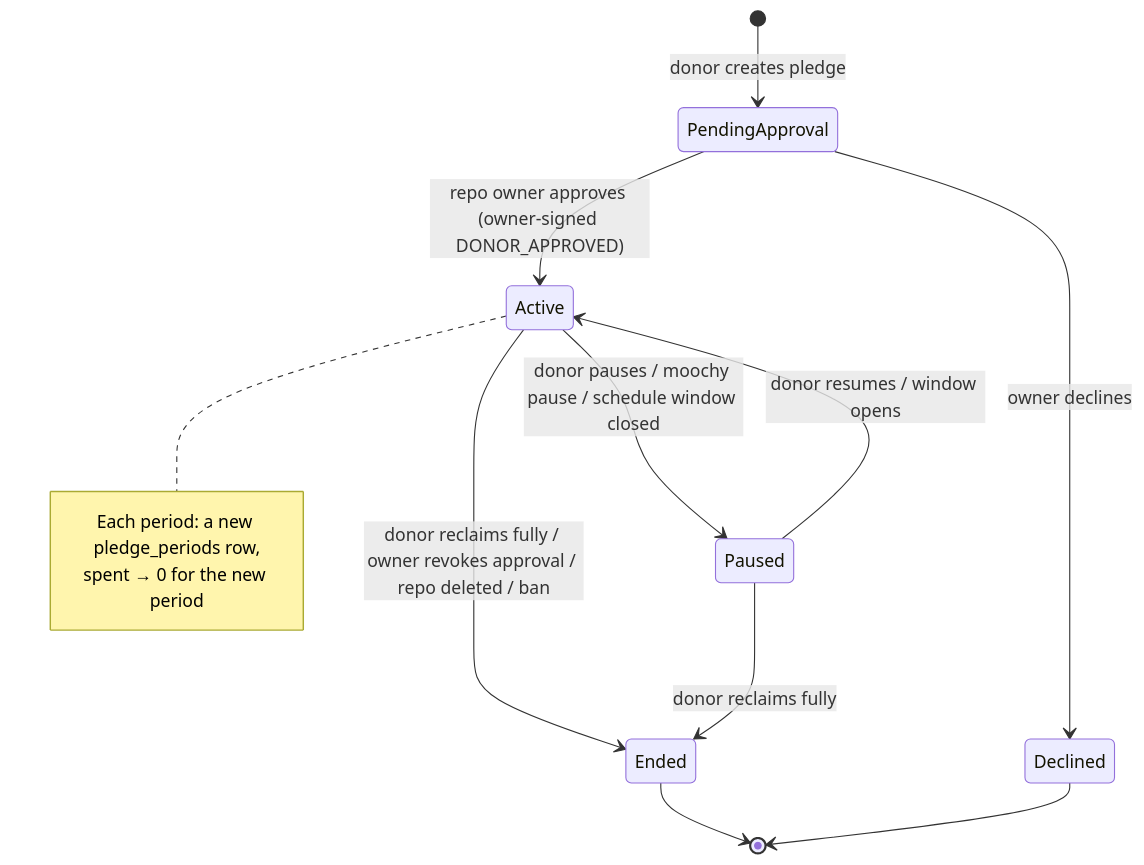
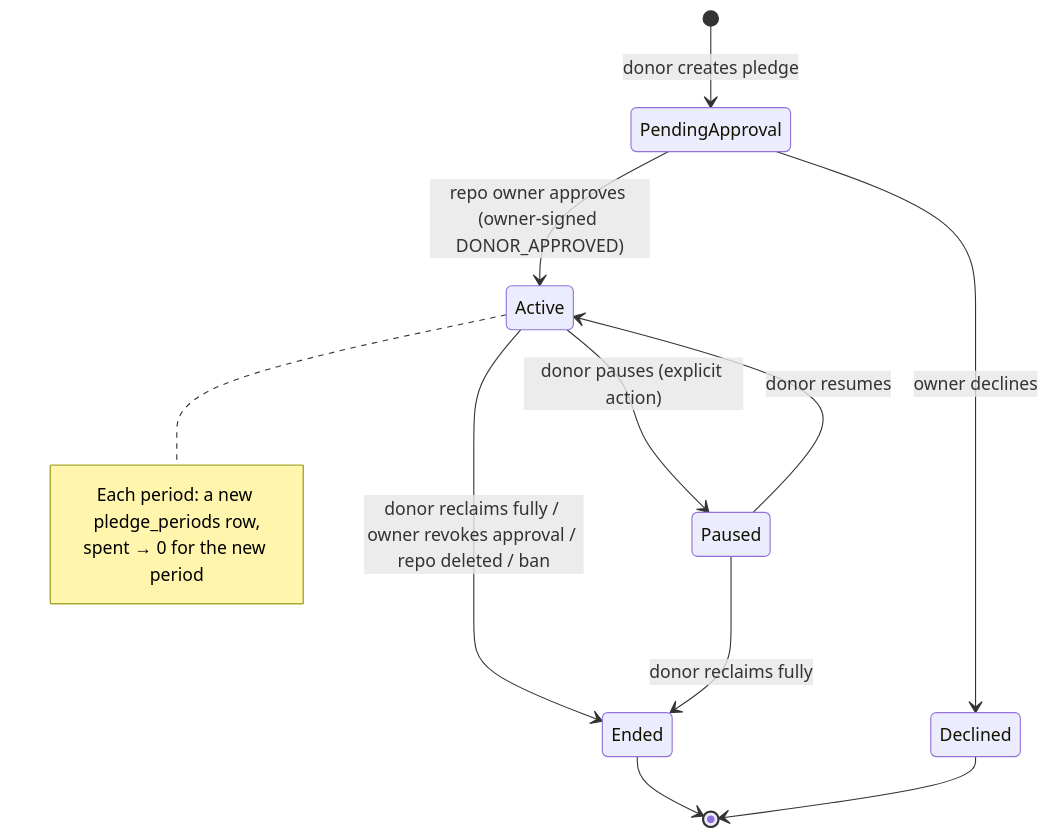
One commit to moochy-dev/moochy-docs changed the diagram in docs/plan/05-ledger-and-accounting.md. Above: the diagram before and after it, drawn with Mermaid. The commit also changed other lines of this file and 2 other files, not shown here.

````diff
--- a/docs/plan/05-ledger-and-accounting.md
+++ b/docs/plan/05-ledger-and-accounting.md
@@ -104,16 +107,16 @@
 ```mermaid
 stateDiagram-v2
   [*] --> PendingApproval: donor creates pledge
   PendingApproval --> Active: repo owner approves (owner-signed DONOR_APPROVED)
   PendingApproval --> Declined: owner declines
-  Active --> Paused: donor pauses / moochy pause / schedule window closed
-  Paused --> Active: donor resumes / window opens
+  Active --> Paused: donor pauses (explicit action)
+  Paused --> Active: donor resumes
   Active --> Ended: donor reclaims fully / owner revokes approval / repo deleted / ban
   Paused --> Ended: donor reclaims fully
   Ended --> [*]
   Declined --> [*]
   note right of Active
     Each period: a new pledge_periods row,
     spent → 0 for the new period
   end note
 ```
````
